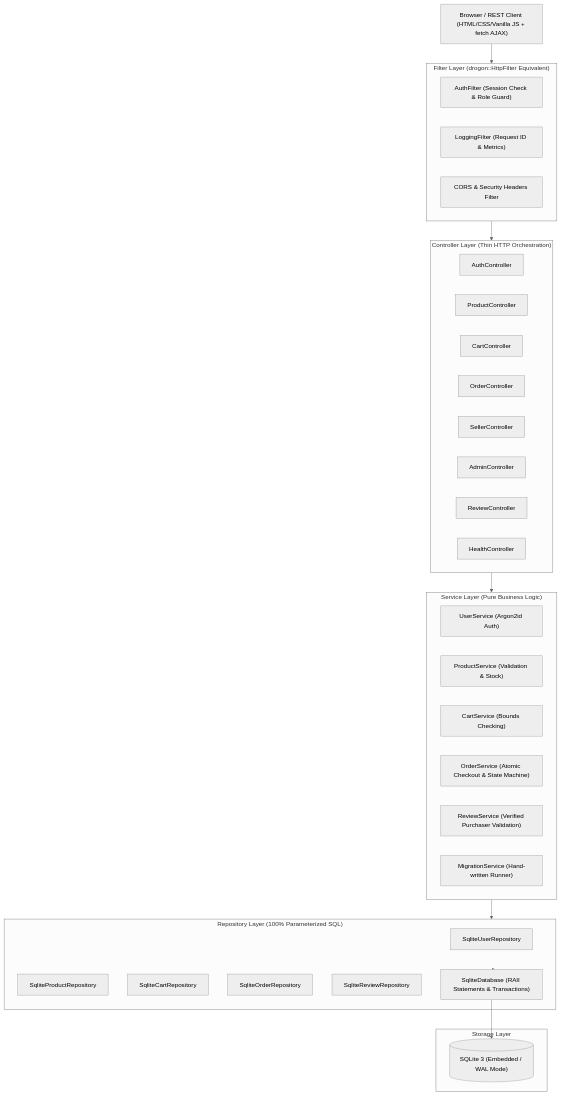
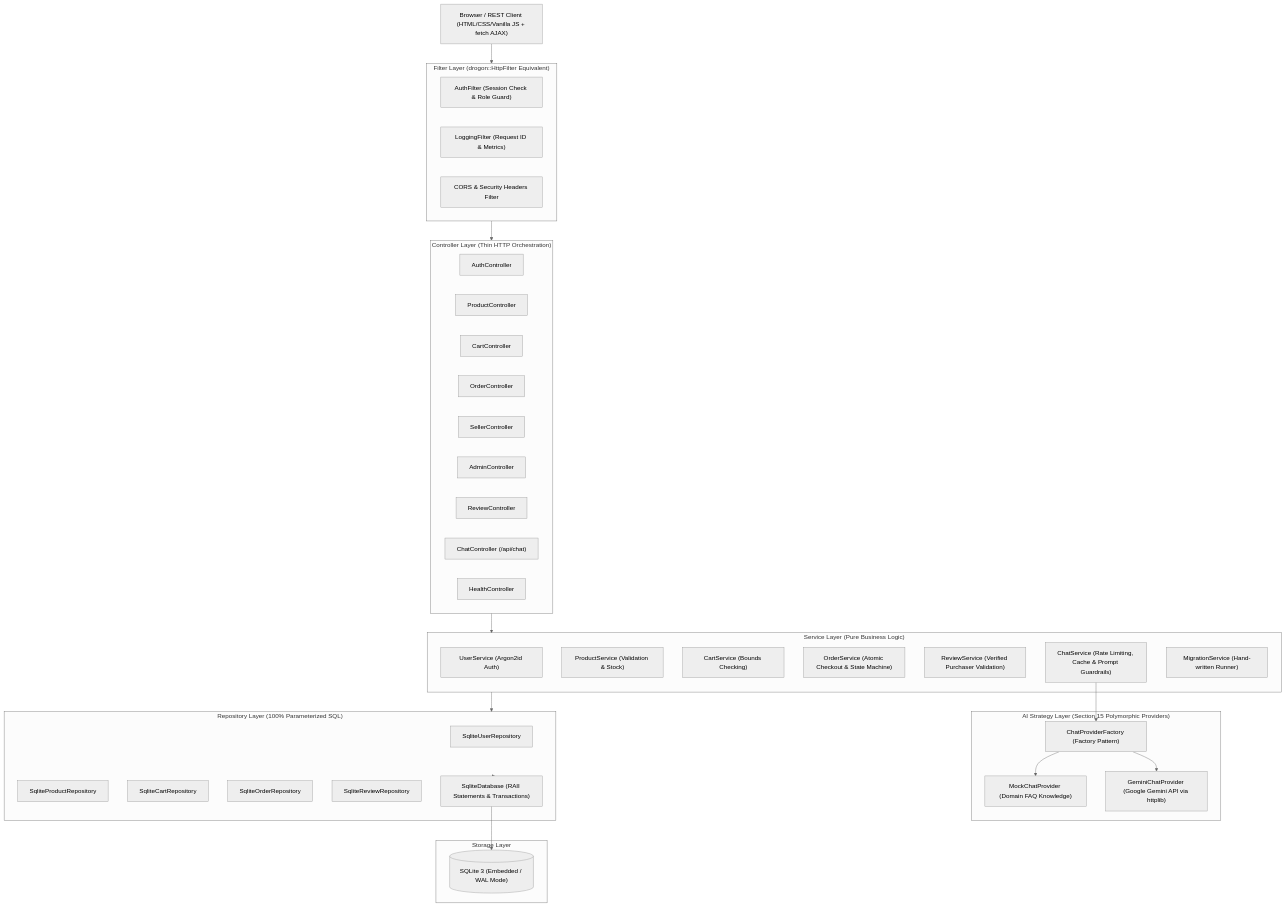
Before and after one commit to Divyadharshini725/DDMart: the first of 2 diagrams in README.md, drawn with Mermaid (neutral theme). The commit also changed other lines of this file and 29 other files, not shown here.

````diff
--- a/README.md
+++ b/README.md
@@ -18,50 +18,61 @@
 ```mermaid
 flowchart TD
     Client["Browser / REST Client (HTML/CSS/Vanilla JS + fetch AJAX)"]
 
     subgraph FilterLayer ["Filter Layer (drogon::HttpFilter Equivalent)"]
         AuthFilter["AuthFilter (Session Check & Role Guard)"]
         LoggingFilter["LoggingFilter (Request ID & Metrics)"]
         CorsFilter["CORS & Security Headers Filter"]
     end
 
     subgraph ControllerLayer ["Controller Layer (Thin HTTP Orchestration)"]
         AuthController["AuthController"]
         ProductController["ProductController"]
         CartController["CartController"]
         OrderController["OrderController"]
         SellerController["SellerController"]
         AdminController["AdminController"]
         ReviewController["ReviewController"]
+        ChatController["ChatController (/api/chat)"]
         HealthController["HealthController"]
     end
 
     subgraph ServiceLayer ["Service Layer (Pure Business Logic)"]
         UserService["UserService (Argon2id Auth)"]
         ProductService["ProductService (Validation & Stock)"]
         CartService["CartService (Bounds Checking)"]
         OrderService["OrderService (Atomic Checkout & State Machine)"]
         ReviewService["ReviewService (Verified Purchaser Validation)"]
+        ChatService["ChatService (Rate Limiting, Cache & Prompt Guardrails)"]
         MigrationService["MigrationService (Hand-written Runner)"]
+    end
+
+    subgraph AILayer ["AI Strategy Layer (Section 15 Polymorphic Providers)"]
+        ChatProviderFactory["ChatProviderFactory (Factory Pattern)"]
+        MockProvider["MockChatProvider (Domain FAQ Knowledge)"]
+        GeminiProvider["GeminiChatProvider (Google Gemini API via httplib)"]
     end
 
     subgraph RepositoryLayer ["Repository Layer (100% Parameterized SQL)"]
         UserRepo["SqliteUserRepository"]
         ProductRepo["SqliteProductRepository"]
         CartRepo["SqliteCartRepository"]
         OrderRepo["SqliteOrderRepository"]
         ReviewRepo["SqliteReviewRepository"]
         SqliteDB["SqliteDatabase (RAII Statements & Transactions)"]
     end
 
     subgraph StorageLayer ["Storage Layer"]
         DB[("SQLite 3 (Embedded / WAL Mode)")]
     end
 
     Client --> FilterLayer
     FilterLayer --> ControllerLayer
     ControllerLayer --> ServiceLayer
+    ChatService --> ChatProviderFactory
+    ChatProviderFactory --> MockProvider
+    ChatProviderFactory --> GeminiProvider
     ServiceLayer --> RepositoryLayer
     RepositoryLayer --> SqliteDB
     SqliteDB --> DB
 ```
````
